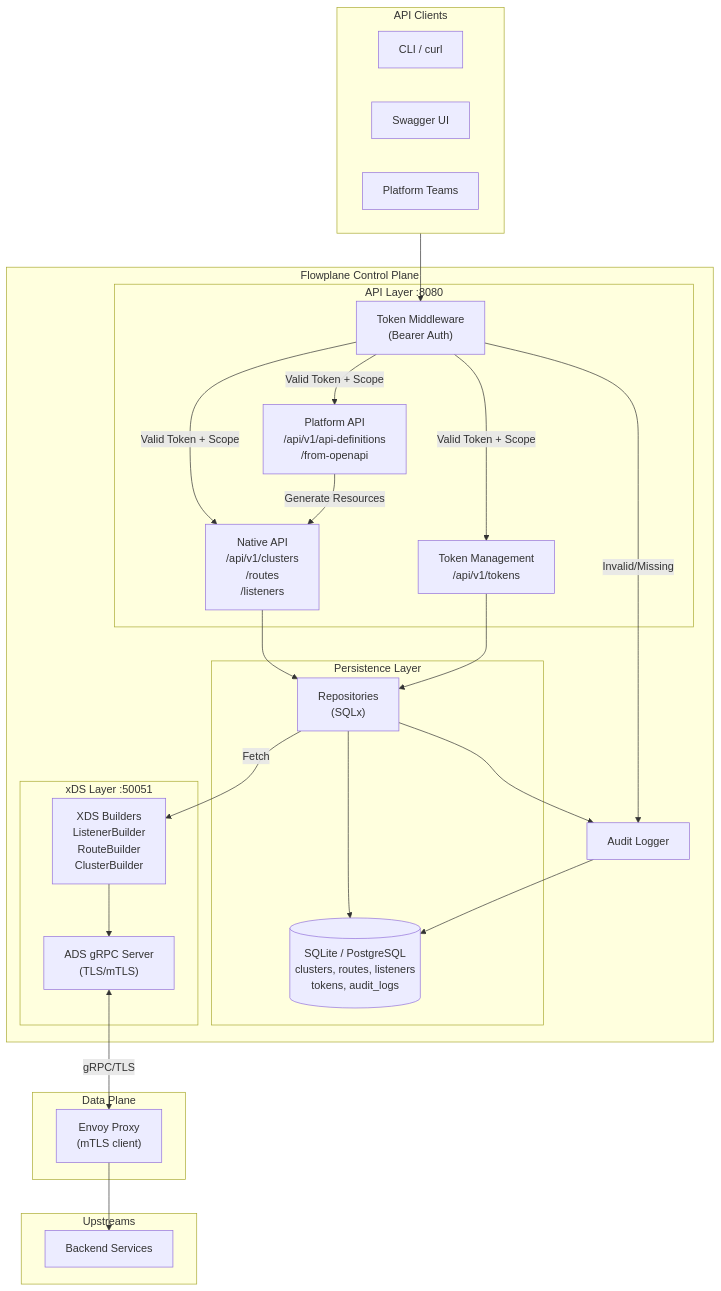
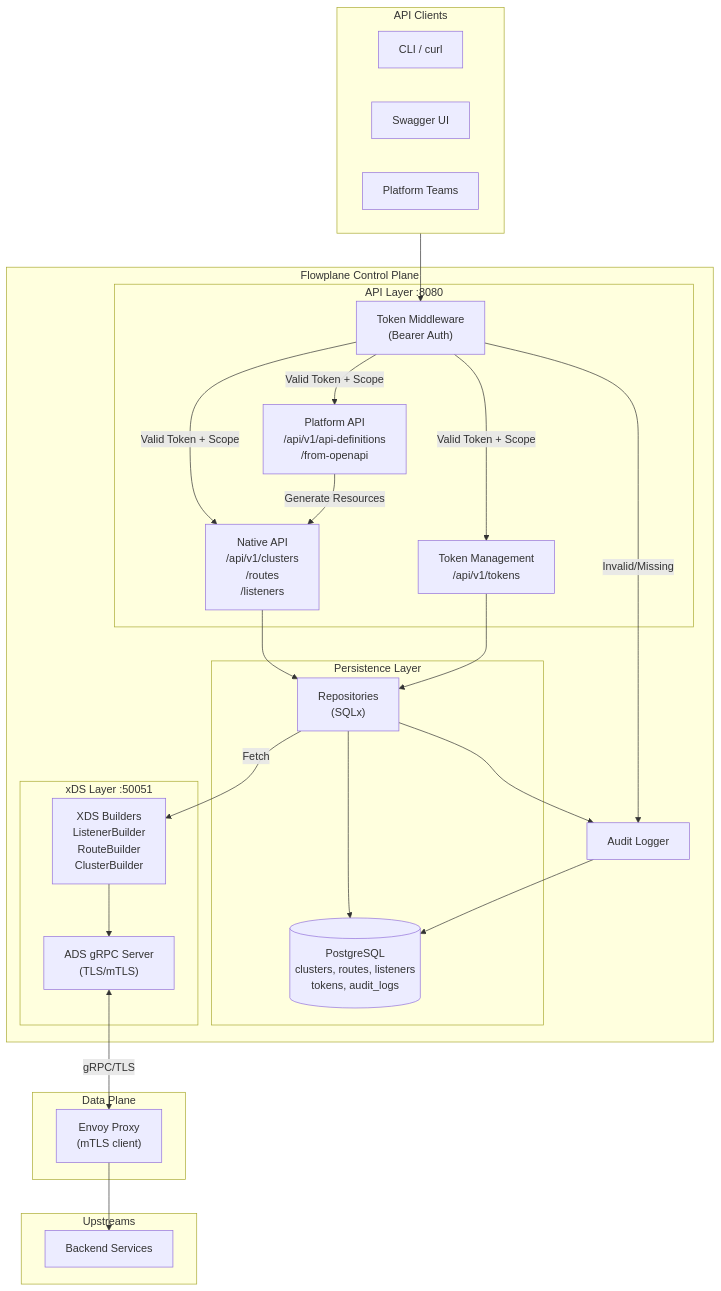
One commit to rajeevramani/flowplane changed the diagram in docs/architecture.md. Above: the diagram before and after it, drawn with Mermaid. The commit also changed other lines of this file and 10 other files, not shown here.

````diff
--- a/docs/architecture.md
+++ b/docs/architecture.md
@@ -21,57 +21,57 @@
 ```mermaid
 flowchart TB
     subgraph clients[API Clients]
         cli["CLI / curl"]
         swagger["Swagger UI"]
         platform["Platform Teams"]
     end
 
     subgraph control_plane[Flowplane Control Plane]
         subgraph api_layer[API Layer :8080]
             auth["Token Middleware<br/>(Bearer Auth)"]
             native["Native API<br/>/api/v1/clusters<br/>/routes<br/>/listeners"]
             platform_api["Platform API<br/>/api/v1/api-definitions<br/>/from-openapi"]
             token_mgmt["Token Management<br/>/api/v1/tokens"]
         end
 
         subgraph persistence[Persistence Layer]
             storage["Repositories<br/>(SQLx)"]
-            db[("SQLite / PostgreSQL<br/>clusters, routes, listeners<br/>tokens, audit_logs")]
+            db[("PostgreSQL<br/>clusters, routes, listeners<br/>tokens, audit_logs")]
         end
 
         subgraph xds_layer[xDS Layer :50051]
             builders["XDS Builders<br/>ListenerBuilder<br/>RouteBuilder<br/>ClusterBuilder"]
             ads["ADS gRPC Server<br/>(TLS/mTLS)"]
         end
 
         audit["Audit Logger"]
     end
 
     subgraph data_plane[Data Plane]
         envoy["Envoy Proxy<br/>(mTLS client)"]
     end
 
     subgraph upstreams[Upstreams]
         services["Backend Services"]
     end
 
     clients --> auth
     auth -->|Valid Token + Scope| native
     auth -->|Valid Token + Scope| platform_api
     auth -->|Valid Token + Scope| token_mgmt
     auth -->|Invalid/Missing| audit
 
     native --> storage
     platform_api -->|Generate Resources| native
     token_mgmt --> storage
 
     storage --> db
     storage --> audit
     audit --> db
 
     storage -->|Fetch| builders
     builders --> ads
 
     ads <-->|gRPC/TLS| envoy
     envoy --> services
 ```
````
